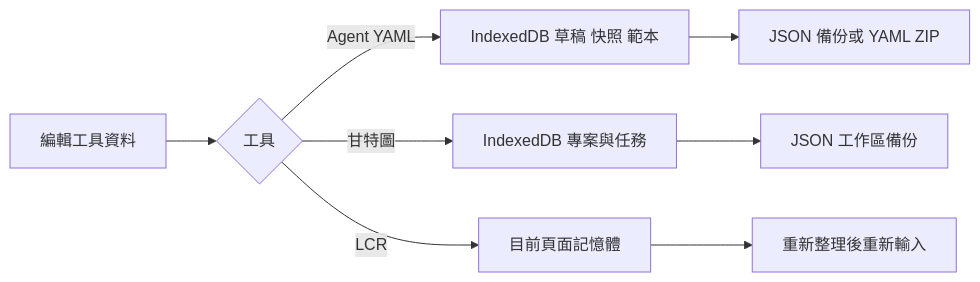
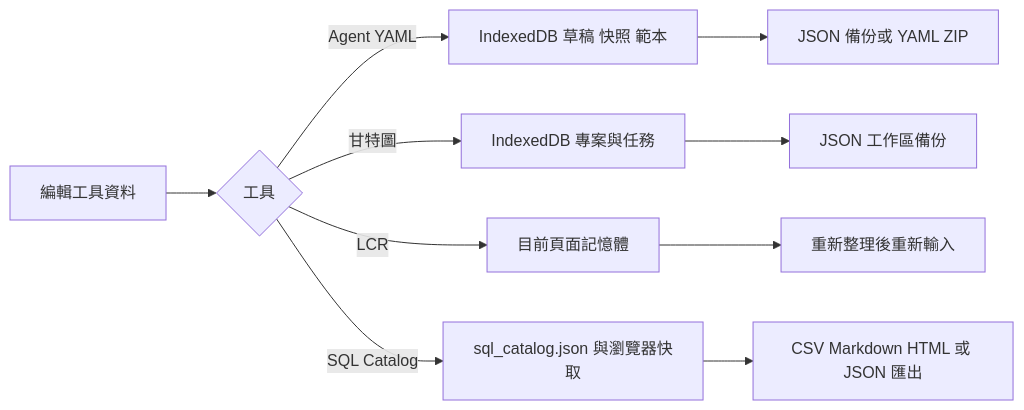
One commit to DunkLiao/my-spa-tools changed the fifth of 5 diagrams in README.md. Above: the diagram before and after it, drawn with Mermaid. The commit also changed other lines of this file and 1 other file, not shown here.

Commit message:
Add SQL Catalog tool and update README

````diff
--- a/README.md
+++ b/README.md
@@ -159,10 +201,12 @@
 ```mermaid
 flowchart LR
     A[編輯工具資料] --> B{工具}
     B -->|Agent YAML| C[IndexedDB 草稿 快照 範本]
     B -->|甘特圖| D[IndexedDB 專案與任務]
     B -->|LCR| E[目前頁面記憶體]
+    B -->|SQL Catalog| I[sql_catalog.json 與瀏覽器快取]
     C --> F[JSON 備份或 YAML ZIP]
     D --> G[JSON 工作區備份]
     E --> H[重新整理後重新輸入]
+    I --> J[CSV Markdown HTML 或 JSON 匯出]
 ```
````
